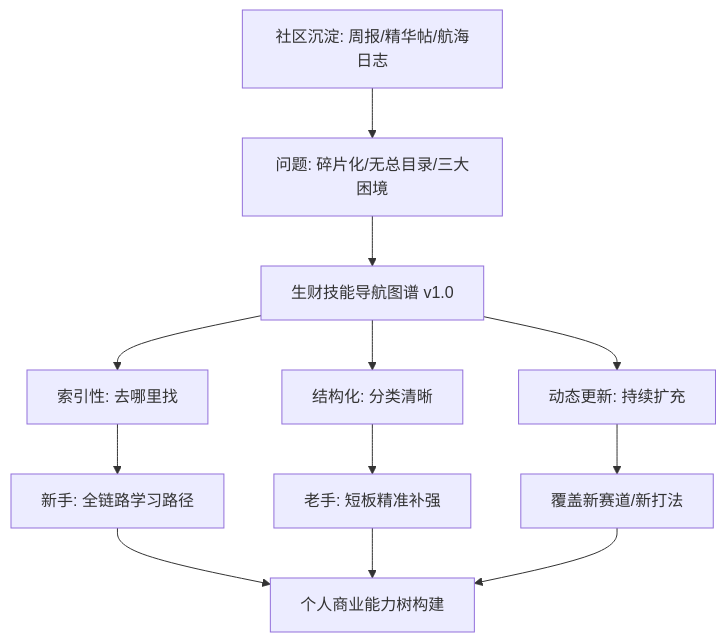
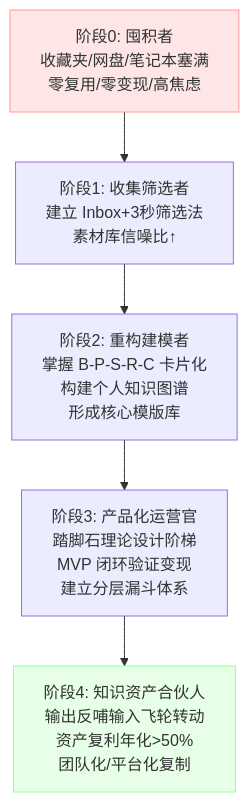
Before and after one commit to OpenDocCN1/flygon-zhuanqian-zhoubao: the second of 6 diagrams in docs/202305_paper2textbook/chapter_078.md, drawn with Mermaid. The commit also changed other lines of this file and 2 other files, not shown here.

````diff
--- a/docs/202305_paper2textbook/chapter_078.md
+++ b/docs/202305_paper2textbook/chapter_078.md
@@ -96,14 +150,9 @@
 ```mermaid
 graph TD
-    A[社区沉淀: 周报/精华帖/航海日志] --> B[问题: 碎片化/无总目录/三大困境]
-    B --> C[生财技能导航图谱 v1.0]
-    C --> D[索引性: 去哪里找]
-    C --> E[结构化: 分类清晰]
-    C --> F[动态更新: 持续扩充]
-    D --> G[新手: 全链路学习路径]
-    E --> H[老手: 短板精准补强]
-    F --> I[覆盖新赛道/新打法]
-    G --> J[个人商业能力树构建]
-    H --> J
-    I --> J
+    A[阶段0: 囤积者<br/>收藏夹/网盘/笔记本塞满<br/>零复用/零变现/高焦虑] --> B[阶段1: 收集筛选者<br/>建立 Inbox+3秒筛选法<br/>素材库信噪比↑]
+    B --> C[阶段2: 重构建模者<br/>掌握 B-P-S-R-C 卡片化<br/>构建个人知识图谱<br/>形成核心模版库]
+    C --> D[阶段3: 产品化运营官<br/>踏脚石理论设计阶梯<br/>MVP 闭环验证变现<br/>建立分层漏斗体系]
+    D --> E[阶段4: 知识资产合伙人<br/>输出反哺输入飞轮转动<br/>资产复利年化>50%<br/>团队化/平台化复制]
+    style A fill:#ffe6e6,stroke:#ff9999
+    style E fill:#e6ffe6,stroke:#99ff99
 ```
````
